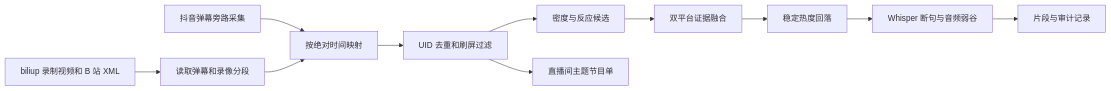
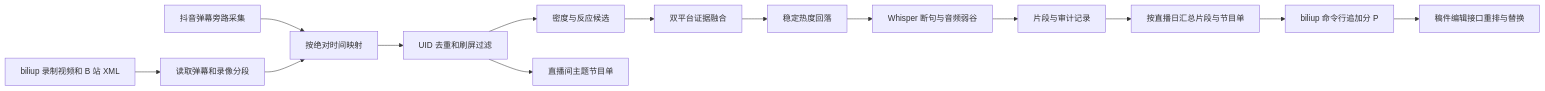
One commit to Assumine/danmaku-highlight-pipeline changed the diagram in README.md. Above: the diagram before and after it, drawn with Mermaid. The commit also changed other lines of this file and 14 other files, not shown here.

````diff
--- a/README.md
+++ b/README.md
@@ -28,13 +29,16 @@
 ```mermaid
 flowchart LR
     A[biliup 录制视频和 B 站 XML] --> B[读取弹幕和录像分段]
     C[抖音弹幕旁路采集] --> D[按绝对时间映射]
     B --> D
     D --> E[UID 去重和刷屏过滤]
     E --> F[密度与反应候选]
     E --> G[直播间主题节目单]
     F --> H[双平台证据融合]
     H --> I[稳定热度回落]
     I --> J[Whisper 断句与音频弱谷]
     J --> K[片段与审计记录]
+    K --> L[按直播日汇总片段与节目单]
+    L --> M[biliup 命令行追加分 P]
+    M --> N[稿件编辑接口重排与替换]
 ```
````
